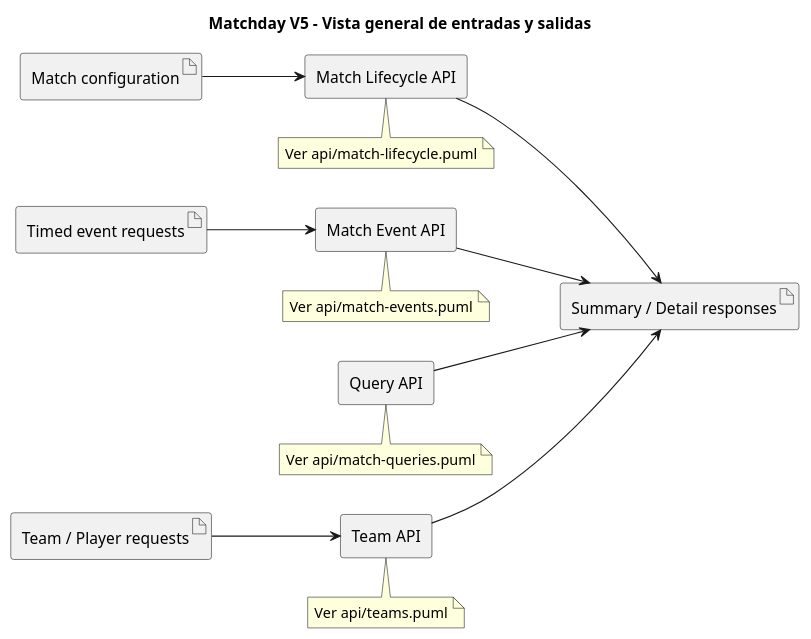
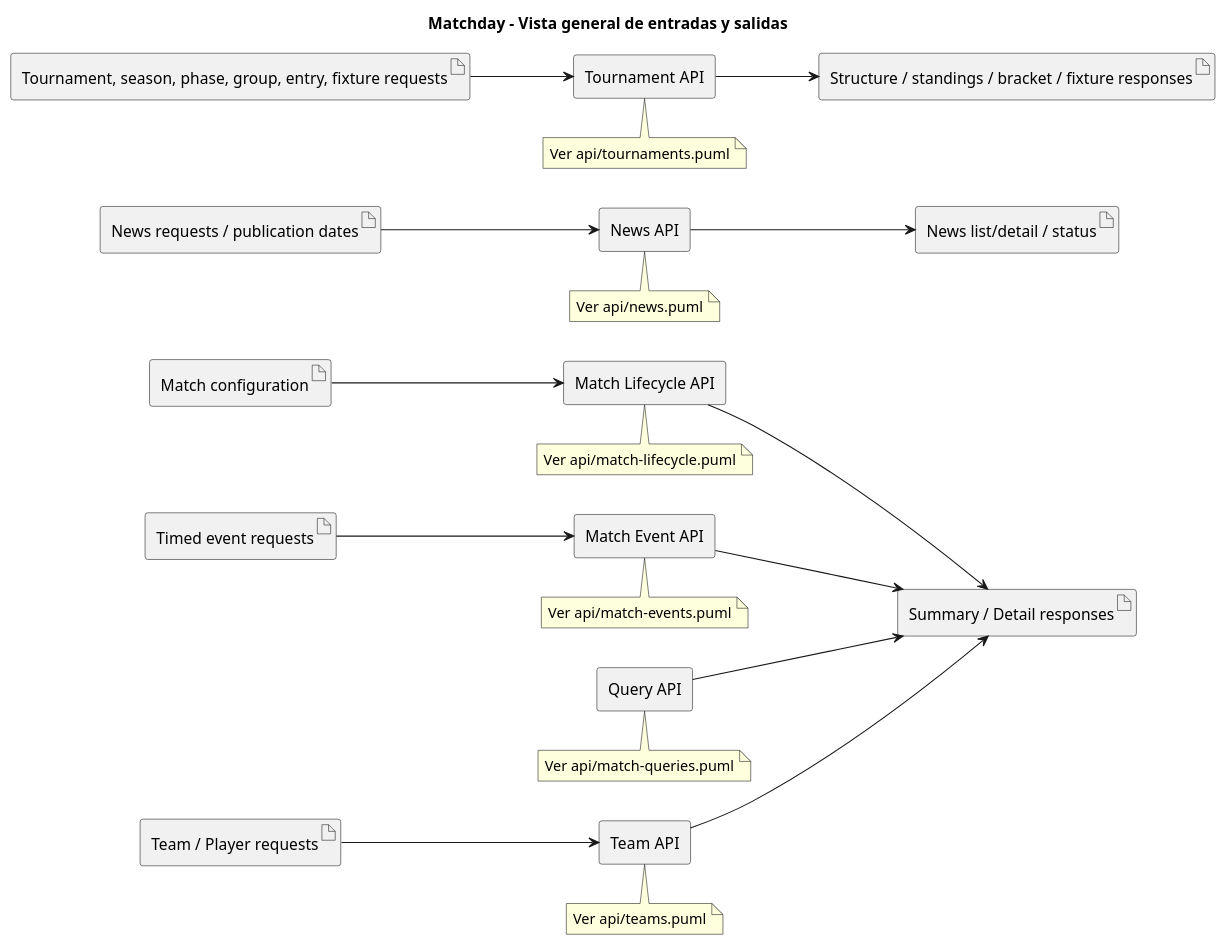
Before and after one commit to JaredDet/Match-Day: the diagram in docs/diagrams/inputs-outputs.puml, drawn with PlantUML. The commit also changed 166 other files, not shown here.

```diff
--- a/docs/diagrams/inputs-outputs.puml
+++ b/docs/diagrams/inputs-outputs.puml
@@ -1,37 +1,55 @@
 @startuml Matchday Inputs Outputs Overview
-title Matchday V5 - Vista general de entradas y salidas
+title Matchday - Vista general de entradas y salidas
 
 left to right direction
 skinparam componentStyle rectangle
 
 component "Team API" as TeamApi
 component "Match Lifecycle API" as LifecycleApi
 component "Match Event API" as EventApi
 component "Query API" as QueryApi
 
 artifact "Team / Player requests" as TeamInput
 artifact "Match configuration" as MatchInput
 artifact "Timed event requests" as EventInput
 artifact "Summary / Detail responses" as Output
 
 TeamInput --> TeamApi
 MatchInput --> LifecycleApi
 EventInput --> EventApi
 TeamApi --> Output
 LifecycleApi --> Output
 EventApi --> Output
 QueryApi --> Output
 
 note bottom of TeamApi
   Ver api/teams.puml
 end note
 note bottom of LifecycleApi
   Ver api/match-lifecycle.puml
 end note
 note bottom of EventApi
   Ver api/match-events.puml
 end note
 note bottom of QueryApi
   Ver api/match-queries.puml
 end note
+
+component "News API" as NewsApi
+component "Tournament API" as TournamentApi
+artifact "News requests / publication dates" as NewsInput
+artifact "Tournament, season, phase, group, entry, fixture requests" as TournamentInput
+artifact "News list/detail / status" as NewsOutput
+artifact "Structure / standings / bracket / fixture responses" as TournamentOutput
+NewsInput --> NewsApi
+NewsApi --> NewsOutput
+TournamentInput --> TournamentApi
+TournamentApi --> TournamentOutput
+note bottom of NewsApi
+  Ver api/news.puml
+end note
+note bottom of TournamentApi
+  Ver api/tournaments.puml
+end note
+
 @enduml
```
